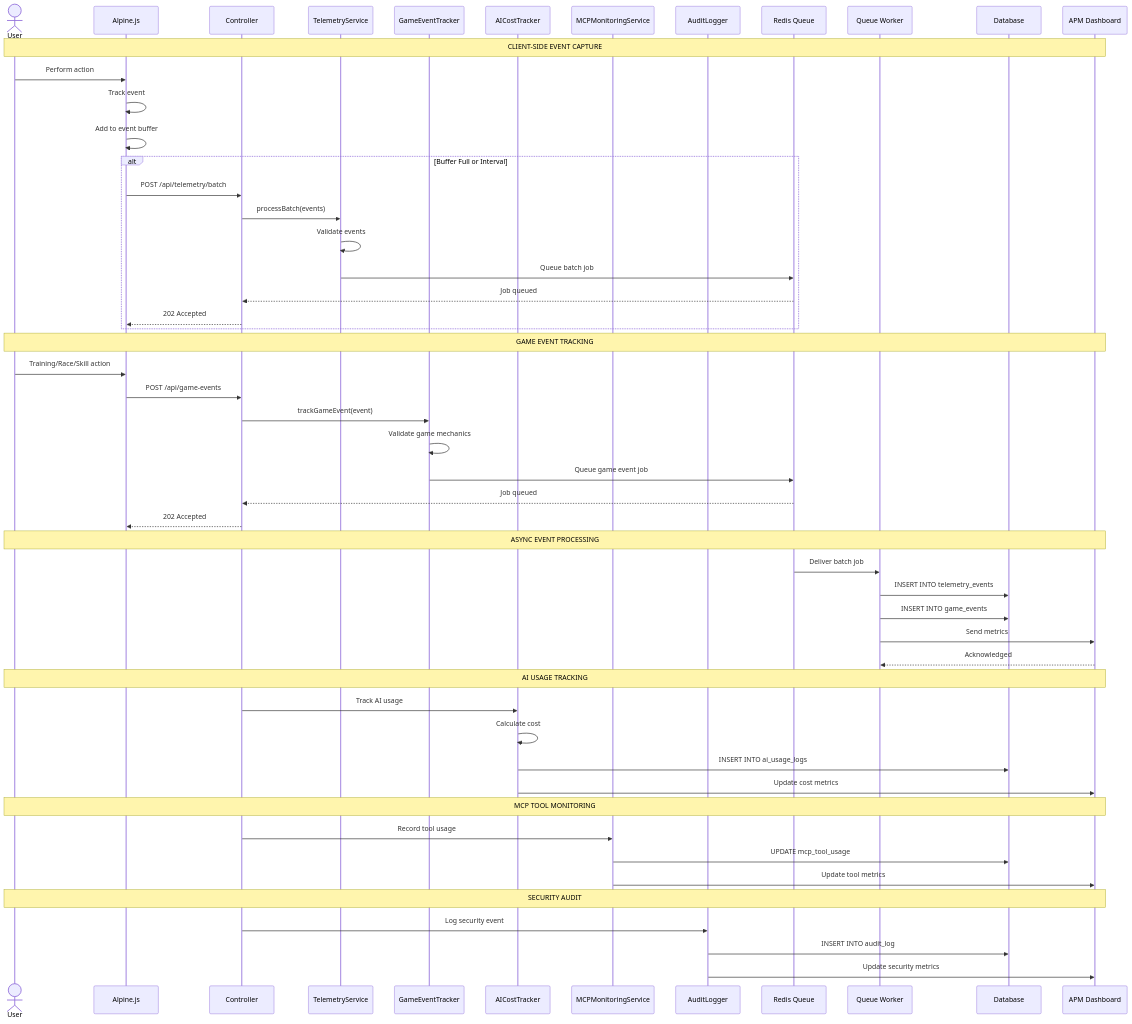
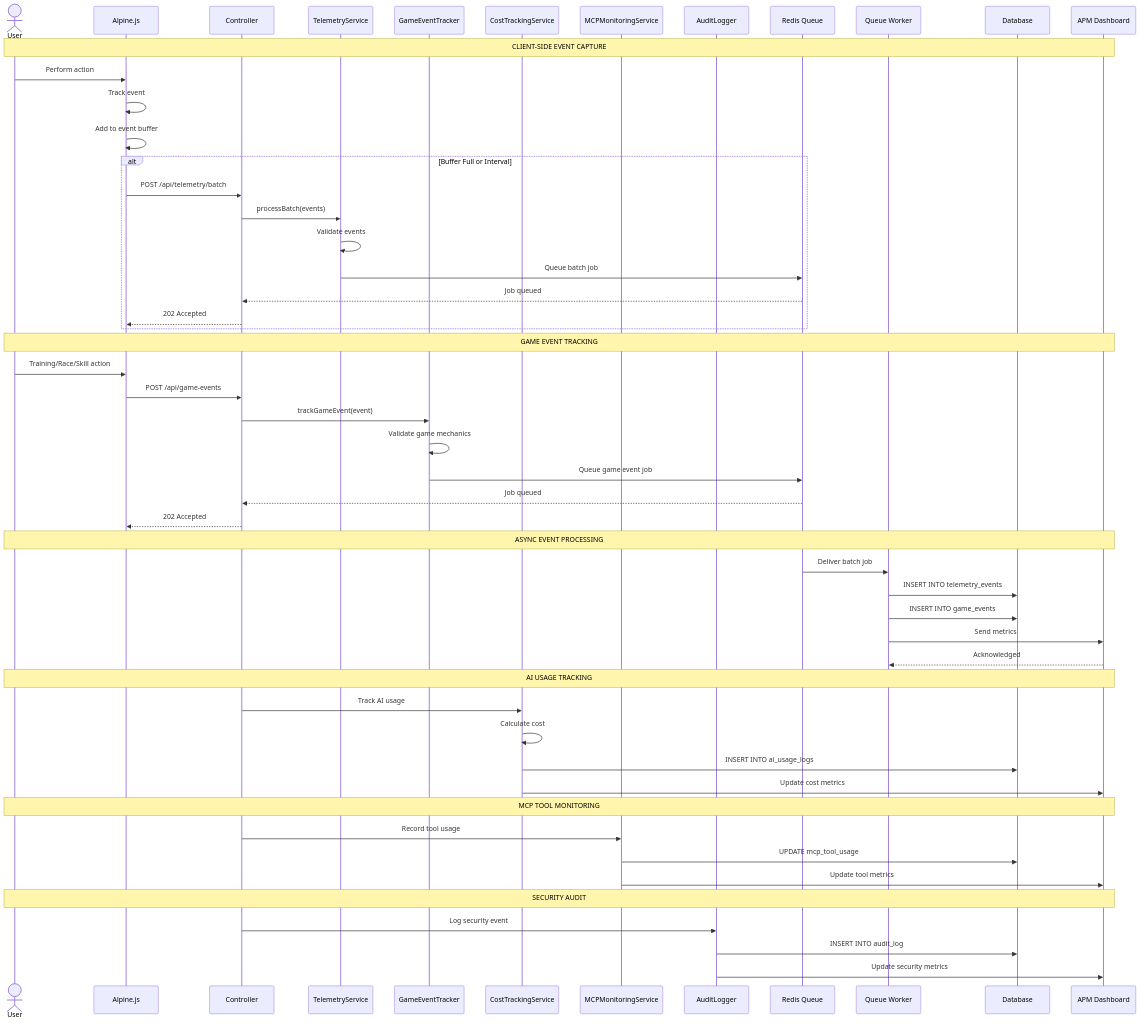
One commit to exatfrds67/umamusume-career-planner changed the first of 3 diagrams in docs/01-sequences/SEQ-011_Telemetry_Event_Capture.md. Above: the diagram before and after it, drawn with Mermaid. The commit also changed other lines of this file and 111 other files, not shown here.

````diff
--- a/docs/01-sequences/SEQ-011_Telemetry_Event_Capture.md
+++ b/docs/01-sequences/SEQ-011_Telemetry_Event_Capture.md
@@ -128,61 +128,61 @@
 ```mermaid
 sequenceDiagram
     actor User
     participant Frontend as Alpine.js
     participant Controller
     participant TelemetrySvc as TelemetryService
     participant GameTracker as GameEventTracker
-    participant AITracker as AICostTracker
+    participant AITracker as CostTrackingService
     participant MCPMonitor as MCPMonitoringService
     participant Audit as AuditLogger
     participant Queue as Redis Queue
     participant Worker as Queue Worker
     participant DB as Database
     participant APM as APM Dashboard
 
     Note over User,APM: CLIENT-SIDE EVENT CAPTURE
     User->>Frontend: Perform action
     Frontend->>Frontend: Track event
     Frontend->>Frontend: Add to event buffer
     
     alt Buffer Full or Interval
         Frontend->>Controller: POST /api/telemetry/batch
         Controller->>TelemetrySvc: processBatch(events)
         TelemetrySvc->>TelemetrySvc: Validate events
         TelemetrySvc->>Queue: Queue batch job
         Queue-->>Controller: Job queued
         Controller-->>Frontend: 202 Accepted
     end
 
     Note over User,APM: GAME EVENT TRACKING
     User->>Frontend: Training/Race/Skill action
     Frontend->>Controller: POST /api/game-events
     Controller->>GameTracker: trackGameEvent(event)
     GameTracker->>GameTracker: Validate game mechanics
     GameTracker->>Queue: Queue game event job
     Queue-->>Controller: Job queued
     Controller-->>Frontend: 202 Accepted
 
     Note over User,APM: ASYNC EVENT PROCESSING
     Queue->>Worker: Deliver batch job
     Worker->>DB: INSERT INTO telemetry_events
     Worker->>DB: INSERT INTO game_events
     Worker->>APM: Send metrics
     APM-->>Worker: Acknowledged
 
     Note over User,APM: AI USAGE TRACKING
     Controller->>AITracker: Track AI usage
     AITracker->>AITracker: Calculate cost
     AITracker->>DB: INSERT INTO ai_usage_logs
     AITracker->>APM: Update cost metrics
 
     Note over User,APM: MCP TOOL MONITORING
     Controller->>MCPMonitor: Record tool usage
     MCPMonitor->>DB: UPDATE mcp_tool_usage
     MCPMonitor->>APM: Update tool metrics
 
     Note over User,APM: SECURITY AUDIT
     Controller->>Audit: Log security event
     Audit->>DB: INSERT INTO audit_log
     Audit->>APM: Update security metrics
 ```
````
